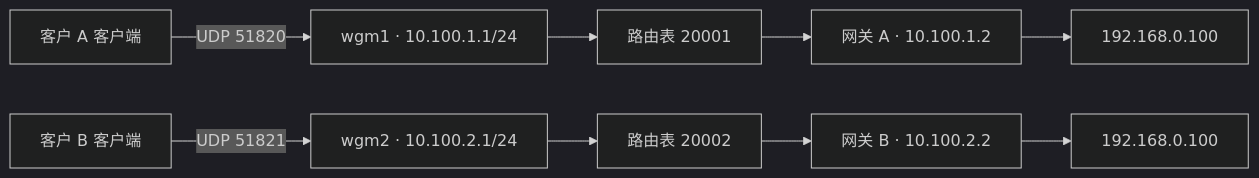
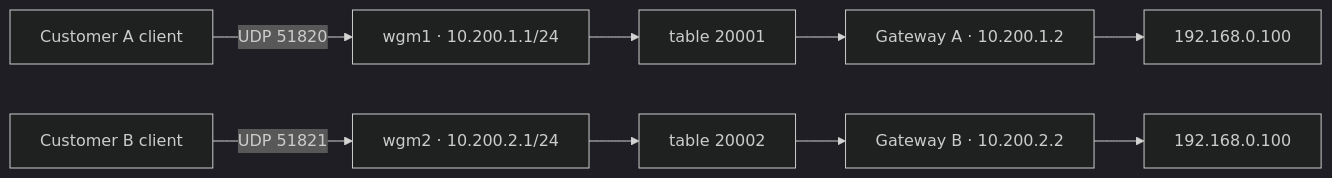
Before and after one commit to ChouHX/WireguardManager: the diagram in README.md, drawn with Mermaid (dark theme). The commit also changed other lines of this file and 3 other files, not shown here.

````diff
--- a/README.md
+++ b/README.md
@@ -46,7 +48,7 @@
 ```mermaid
 flowchart LR
-  CA["客户 A 客户端"] -->|UDP 51820| A["wgm1 · 10.100.1.1/24"]
-  A --> TA["路由表 20001"] --> GA["网关 A · 10.100.1.2"] --> LA["192.168.0.100"]
-  CB["客户 B 客户端"] -->|UDP 51821| B["wgm2 · 10.100.2.1/24"]
-  B --> TB["路由表 20002"] --> GB["网关 B · 10.100.2.2"] --> LB["192.168.0.100"]
+  CA["Customer A client"] -->|UDP 51820| A["wgm1 · 10.200.1.1/24"]
+  A --> TA["table 20001"] --> GA["Gateway A · 10.200.1.2"] --> LA["192.168.0.100"]
+  CB["Customer B client"] -->|UDP 51821| B["wgm2 · 10.200.2.1/24"]
+  B --> TB["table 20002"] --> GB["Gateway B · 10.200.2.2"] --> LB["192.168.0.100"]
 ```
````
